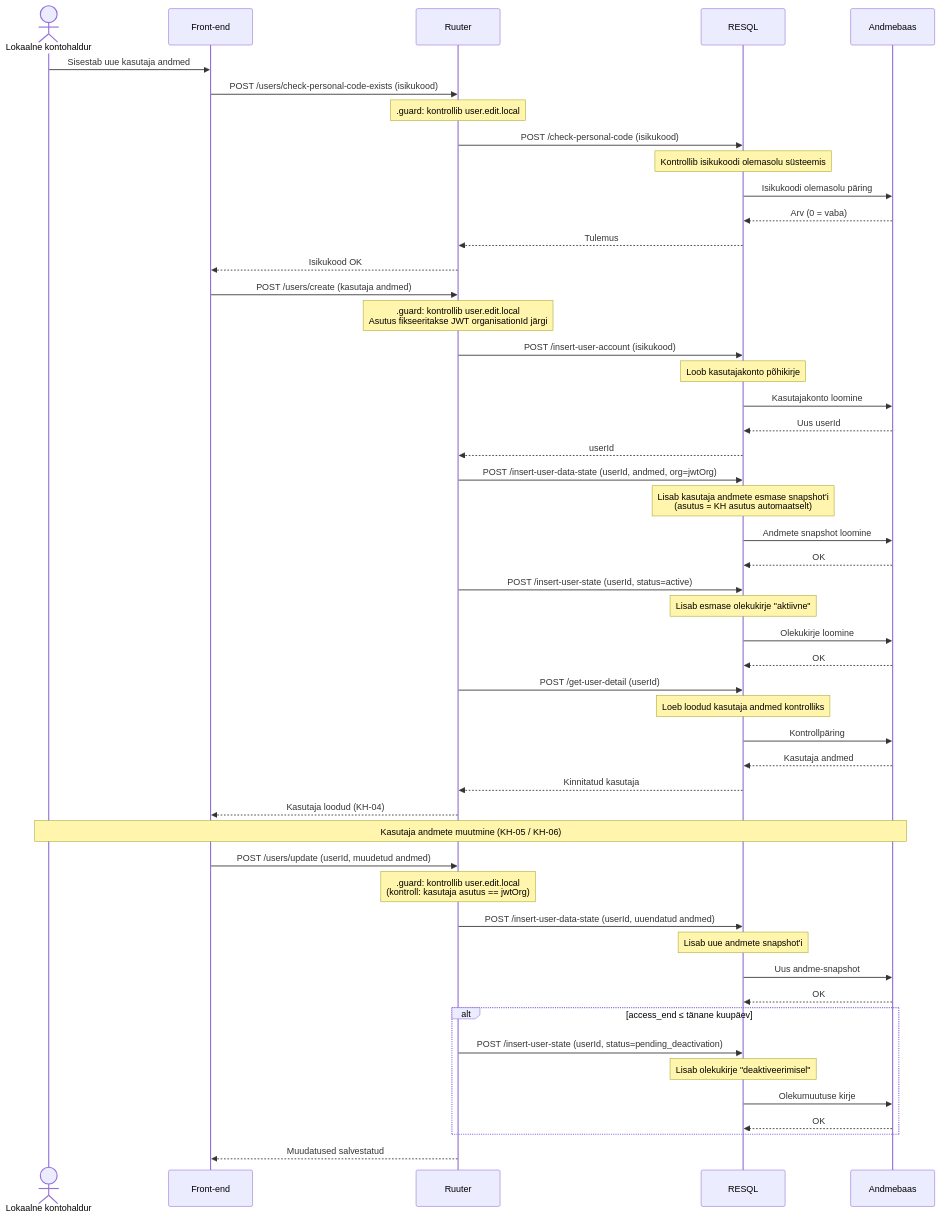
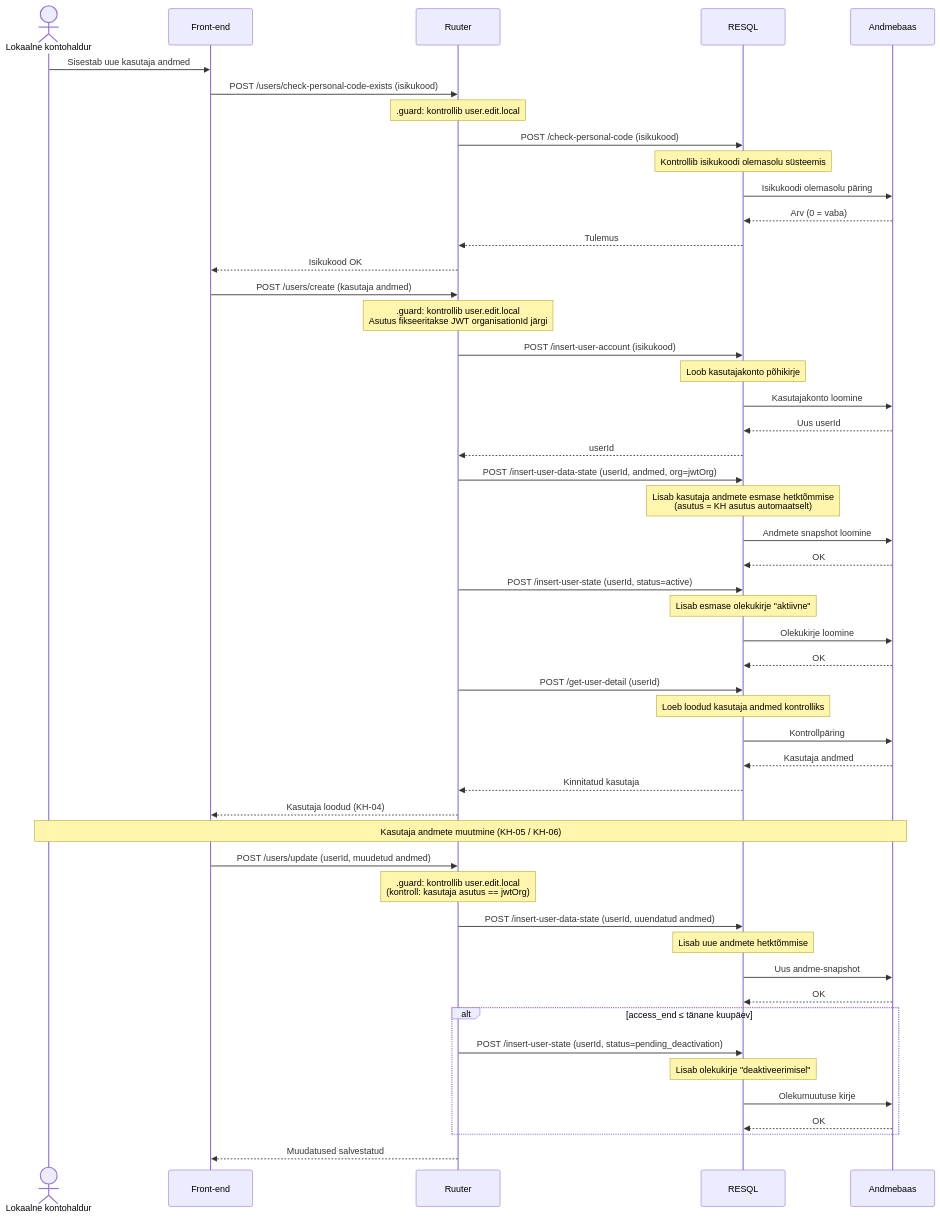
The ninth of 17 diagrams in docs/workingdocs/use-cases-ljvis.md (kemit-ee/ljvis-2), drawn with Mermaid before and after one commit. The commit also changed other lines of this file and 30 other files, not shown here.

````diff
--- a/docs/workingdocs/use-cases-ljvis.md
+++ b/docs/workingdocs/use-cases-ljvis.md
@@ -566,59 +566,59 @@
 ```mermaid
 sequenceDiagram
     actor KH as Lokaalne kontohaldur
     participant FE as Front-end
     participant Ruuter as Ruuter
     participant RESQL as RESQL
     participant DB as Andmebaas
 
     KH->>FE: Sisestab uue kasutaja andmed
     FE->>Ruuter: POST /users/check-personal-code-exists (isikukood)
     Note over Ruuter: .guard: kontrollib user.edit.local
     Ruuter->>RESQL: POST /check-personal-code (isikukood)
     Note over RESQL: Kontrollib isikukoodi olemasolu süsteemis
     RESQL->>DB: Isikukoodi olemasolu päring
     DB-->>RESQL: Arv (0 = vaba)
     RESQL-->>Ruuter: Tulemus
     Ruuter-->>FE: Isikukood OK
 
     FE->>Ruuter: POST /users/create (kasutaja andmed)
     Note over Ruuter: .guard: kontrollib user.edit.local<br/>Asutus fikseeritakse JWT organisationId järgi
     Ruuter->>RESQL: POST /insert-user-account (isikukood)
     Note over RESQL: Loob kasutajakonto põhikirje
     RESQL->>DB: Kasutajakonto loomine
     DB-->>RESQL: Uus userId
     RESQL-->>Ruuter: userId
 
     Ruuter->>RESQL: POST /insert-user-data-state (userId, andmed, org=jwtOrg)
-    Note over RESQL: Lisab kasutaja andmete esmase snapshot'i<br/>(asutus = KH asutus automaatselt)
+    Note over RESQL: Lisab kasutaja andmete esmase hetktõmmise<br/>(asutus = KH asutus automaatselt)
     RESQL->>DB: Andmete snapshot loomine
     DB-->>RESQL: OK
 
     Ruuter->>RESQL: POST /insert-user-state (userId, status=active)
     Note over RESQL: Lisab esmase olekukirje "aktiivne"
     RESQL->>DB: Olekukirje loomine
     DB-->>RESQL: OK
 
     Ruuter->>RESQL: POST /get-user-detail (userId)
     Note over RESQL: Loeb loodud kasutaja andmed kontrolliks
     RESQL->>DB: Kontrollpäring
     DB-->>RESQL: Kasutaja andmed
     RESQL-->>Ruuter: Kinnitatud kasutaja
     Ruuter-->>FE: Kasutaja loodud (KH-04)
 
     Note over KH,DB: Kasutaja andmete muutmine (KH-05 / KH-06)
 
     FE->>Ruuter: POST /users/update (userId, muudetud andmed)
     Note over Ruuter: .guard: kontrollib user.edit.local<br/>(kontroll: kasutaja asutus == jwtOrg)
     Ruuter->>RESQL: POST /insert-user-data-state (userId, uuendatud andmed)
-    Note over RESQL: Lisab uue andmete snapshot'i
+    Note over RESQL: Lisab uue andmete hetktõmmise
     RESQL->>DB: Uus andme-snapshot
     DB-->>RESQL: OK
     alt access_end ≤ tänane kuupäev
         Ruuter->>RESQL: POST /insert-user-state (userId, status=pending_deactivation)
         Note over RESQL: Lisab olekukirje "deaktiveerimisel"
         RESQL->>DB: Olekumuutuse kirje
         DB-->>RESQL: OK
     end
     Ruuter-->>FE: Muudatused salvestatud
 ```
````
